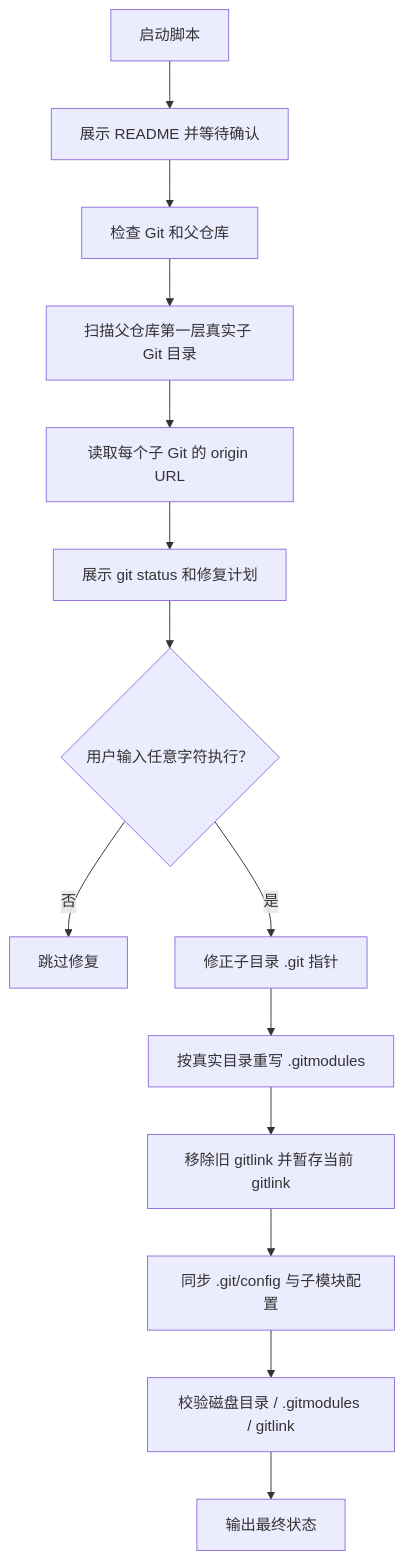
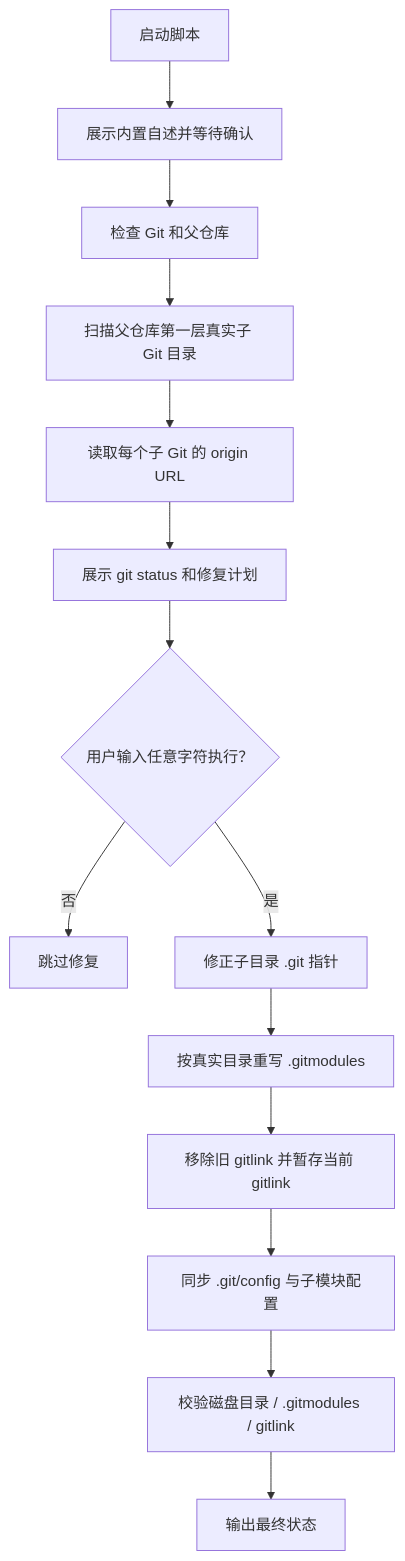
One commit to JobsKits/JobsCommand-Gits changed the diagram in 【MacOS】🧭对齐父Git子模块.command/README.md. Above: the diagram before and after it, drawn with Mermaid. The commit also changed other lines of this file and 34 other files, not shown here.

````diff
--- a/【MacOS】🧭对齐父Git子模块.command/README.md
+++ b/【MacOS】🧭对齐父Git子模块.command/README.md
@@ -61,16 +61,16 @@
 ```mermaid
 flowchart TD
-  A["启动脚本"] --> B["展示 README 并等待确认"]
+  A["启动脚本"] --> B["展示内置自述并等待确认"]
   B --> C["检查 Git 和父仓库"]
   C --> D["扫描父仓库第一层真实子 Git 目录"]
   D --> E["读取每个子 Git 的 origin URL"]
   E --> F["展示 git status 和修复计划"]
   F --> G{"用户输入任意字符执行？"}
   G -->|否| H["跳过修复"]
   G -->|是| I["修正子目录 .git 指针"]
   I --> J["按真实目录重写 .gitmodules"]
   J --> K["移除旧 gitlink 并暂存当前 gitlink"]
   K --> L["同步 .git/config 与子模块配置"]
   L --> M["校验磁盘目录 / .gitmodules / gitlink"]
   M --> N["输出最终状态"]
 ```
````
